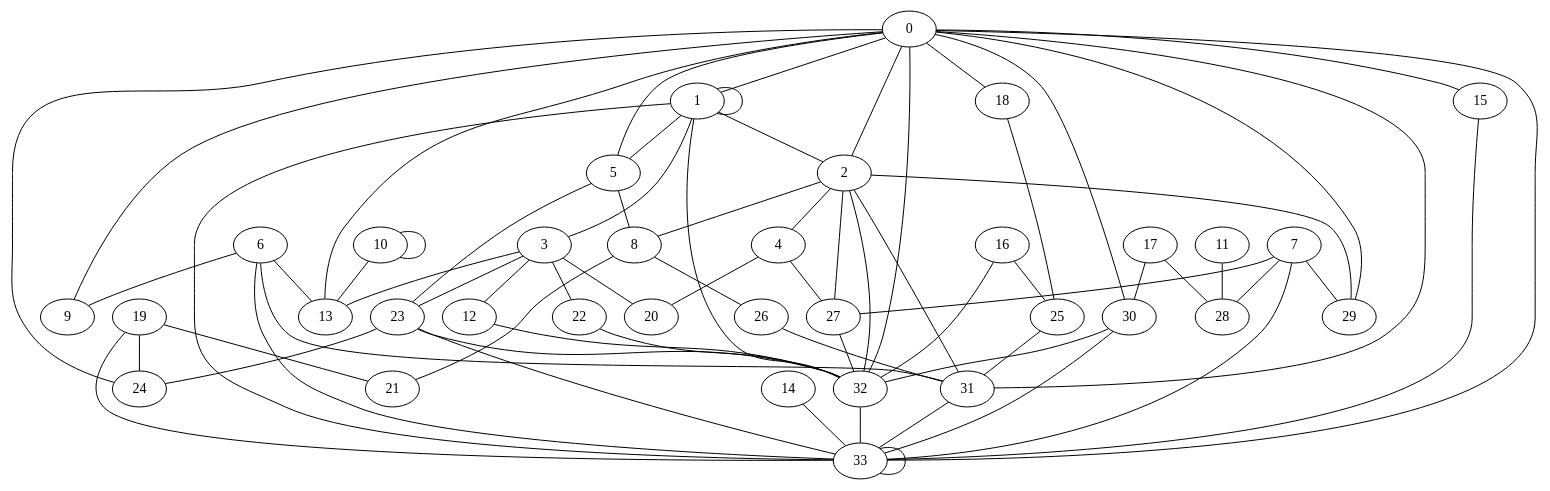
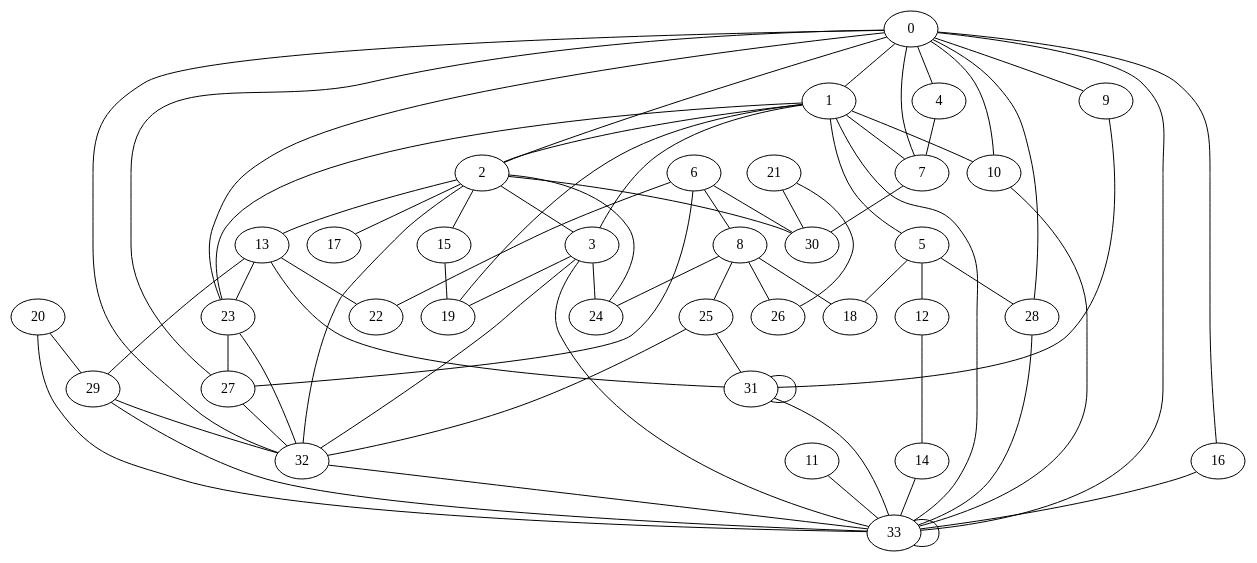
One commit to jalbrecq/Graph-Mining changed the diagram in dot_files/no_paraledges.dot. Above: the diagram before and after it, drawn with Graphviz. The commit also changed 5 other files, not shown here.

```diff
--- a/dot_files/no_paraledges.dot
+++ b/dot_files/no_paraledges.dot
@@ -1,106 +1,107 @@
 graph  {
 0;
 1;
 2;
 3;
 4;
 5;
 6;
 7;
 8;
 9;
 10;
 11;
 12;
 13;
 14;
 15;
 16;
 17;
 18;
 19;
 20;
 21;
 22;
 23;
 24;
 25;
 26;
 27;
 28;
 29;
 30;
 31;
 32;
 33;
-0 -- 5;
-0 -- 15;
-0 -- 2;
-0 -- 13;
+0 -- 4;
+0 -- 16;
+0 -- 28;
+0 -- 27;
 0 -- 33;
 0 -- 32;
-0 -- 18;
+0 -- 10;
+0 -- 2;
+0 -- 23;
 0 -- 1;
-0 -- 29;
-0 -- 24;
 0 -- 9;
-0 -- 31;
-0 -- 30;
+0 -- 7;
+1 -- 19;
+1 -- 7;
+1 -- 5;
+1 -- 3;
+1 -- 10;
+1 -- 23;
+1 -- 2;
 1 -- 33;
-1 -- 1;
-1 -- 3;
-1 -- 5;
-1 -- 2;
-1 -- 32;
+2 -- 17;
+2 -- 13;
 2 -- 32;
-2 -- 8;
-2 -- 29;
-2 -- 27;
-2 -- 31;
-2 -- 4;
-3 -- 23;
-3 -- 20;
-3 -- 12;
-3 -- 22;
-3 -- 13;
-4 -- 20;
-4 -- 27;
-5 -- 8;
-5 -- 23;
-6 -- 33;
-6 -- 31;
-6 -- 13;
-6 -- 9;
-7 -- 29;
-7 -- 27;
-7 -- 28;
-7 -- 33;
+2 -- 15;
+2 -- 3;
+2 -- 24;
+2 -- 30;
+3 -- 32;
+3 -- 24;
+3 -- 19;
+3 -- 33;
+4 -- 7;
+5 -- 12;
+5 -- 28;
+5 -- 18;
+6 -- 22;
+6 -- 8;
+6 -- 27;
+6 -- 30;
+7 -- 30;
+8 -- 18;
+8 -- 24;
 8 -- 26;
-8 -- 21;
-10 -- 13;
-10 -- 10;
-11 -- 28;
-12 -- 32;
+8 -- 25;
+9 -- 31;
+10 -- 33;
+11 -- 33;
+12 -- 14;
+13 -- 29;
+13 -- 31;
+13 -- 22;
+13 -- 23;
 14 -- 33;
-15 -- 33;
-16 -- 32;
-16 -- 25;
-17 -- 28;
-17 -- 30;
-18 -- 25;
-19 -- 24;
-19 -- 21;
-19 -- 33;
-22 -- 32;
-23 -- 33;
-23 -- 24;
+15 -- 19;
+16 -- 33;
+20 -- 29;
+20 -- 33;
+21 -- 26;
+21 -- 30;
 23 -- 32;
+23 -- 27;
 25 -- 31;
-26 -- 31;
+25 -- 32;
 27 -- 32;
-30 -- 33;
-30 -- 32;
+28 -- 33;
+29 -- 32;
+29 -- 33;
+31 -- 31;
 31 -- 33;
 32 -- 33;
 33 -- 33;
 }
```
